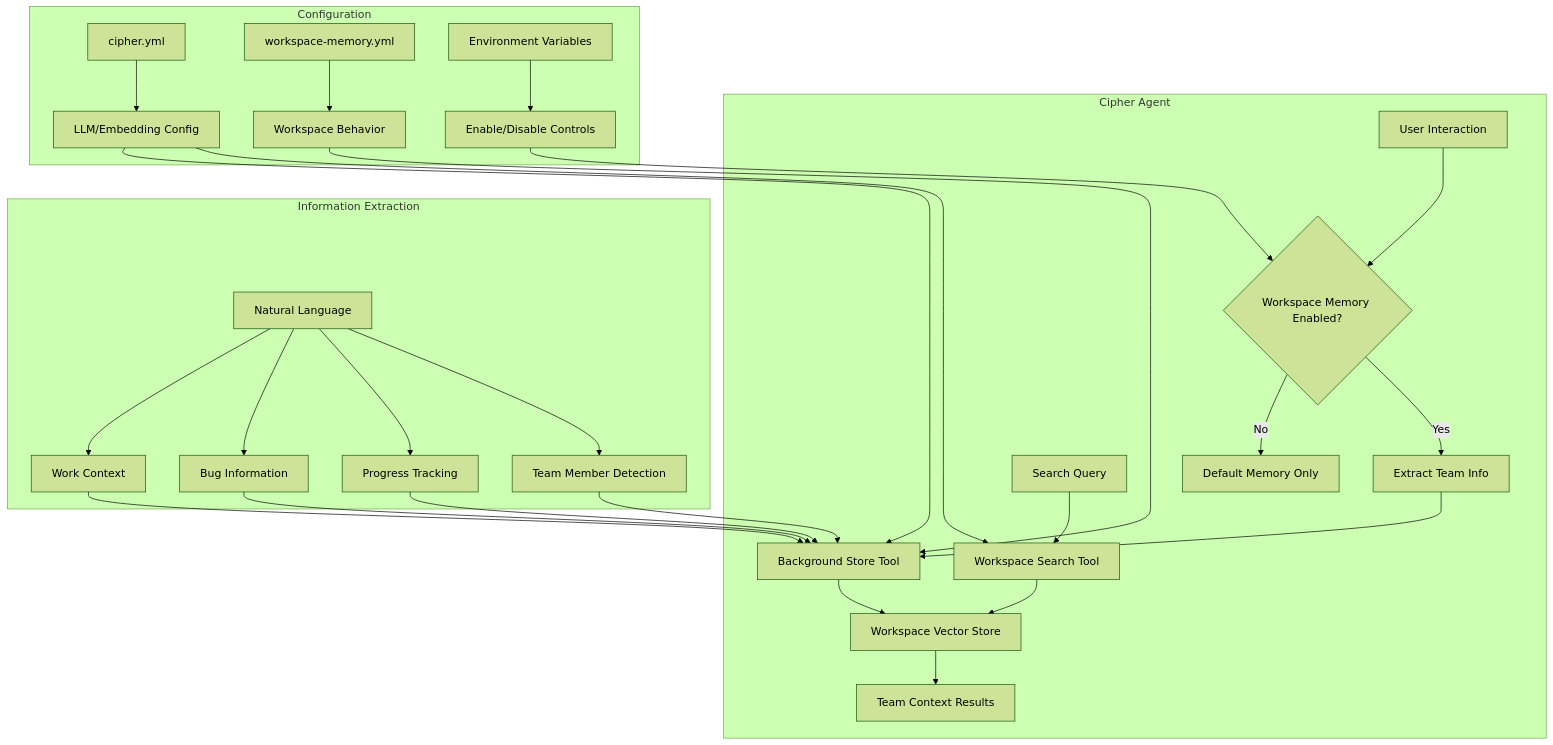
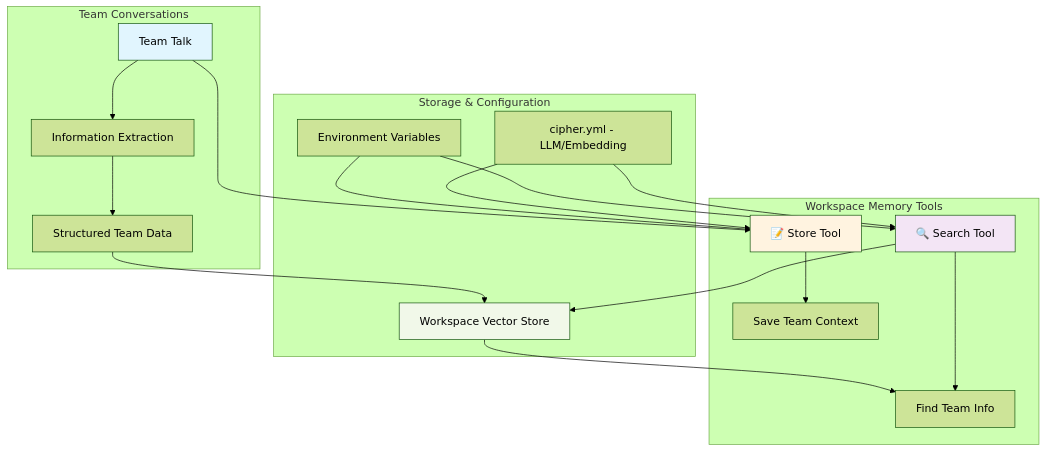
One commit to xdien/cipher changed the first of 6 diagrams in docs/WORKSPACE_MEMORY.md. Above: the diagram before and after it, drawn with Mermaid (forest theme). The commit also changed other lines of this file, not shown here.

Commit message:
Simplified Architecture Overview

````diff
--- a/docs/WORKSPACE_MEMORY.md
+++ b/docs/WORKSPACE_MEMORY.md
@@ -18,38 +20,32 @@
 ```mermaid
 graph TB
-    subgraph "Cipher Agent"
-        A[User Interaction] --> B{Workspace Memory Enabled?}
-        B -->|Yes| C[Extract Team Info]
-        B -->|No| D[Default Memory Only]
-        
-        C --> E[Background Store Tool]
-        E --> F[Workspace Vector Store]
-        
-        G[Search Query] --> H[Workspace Search Tool]
-        H --> F
-        F --> I[Team Context Results]
+    subgraph "Team Conversations"
+        A[Team Talk] --> B[Information Extraction]
+        B --> C[Structured Team Data]
     end
     
-    subgraph "Configuration"
-        J[cipher.yml] --> K[LLM/Embedding Config]
-        L[workspace-memory.yml] --> M[Workspace Behavior]
-        N[Environment Variables] --> O[Enable/Disable Controls]
+    subgraph "Workspace Memory Tools"
+        D[🔍 Search Tool] --> E[Find Team Info]
+        F[📝 Store Tool] --> G[Save Team Context]
     end
     
-    subgraph "Information Extraction"
-        P[Natural Language] --> Q[Team Member Detection]
-        P --> R[Progress Tracking]
-        P --> S[Bug Information]
-        P --> T[Work Context]
+    subgraph "Storage & Configuration"
+        H[Workspace Vector Store] 
+        I[cipher.yml - LLM/Embedding]
+        J[Environment Variables]
     end
     
-    K --> H
-    K --> E
-    M --> E
-    O --> B
+    A --> F
+    C --> H
+    D --> H
+    H --> E
+    I --> D
+    I --> F
+    J --> D
+    J --> F
     
-    Q --> E
-    R --> E
-    S --> E
-    T --> E
+    style A fill:#e1f5fe
+    style D fill:#f3e5f5
+    style F fill:#fff3e0
+    style H fill:#f1f8e9
 ```
````
